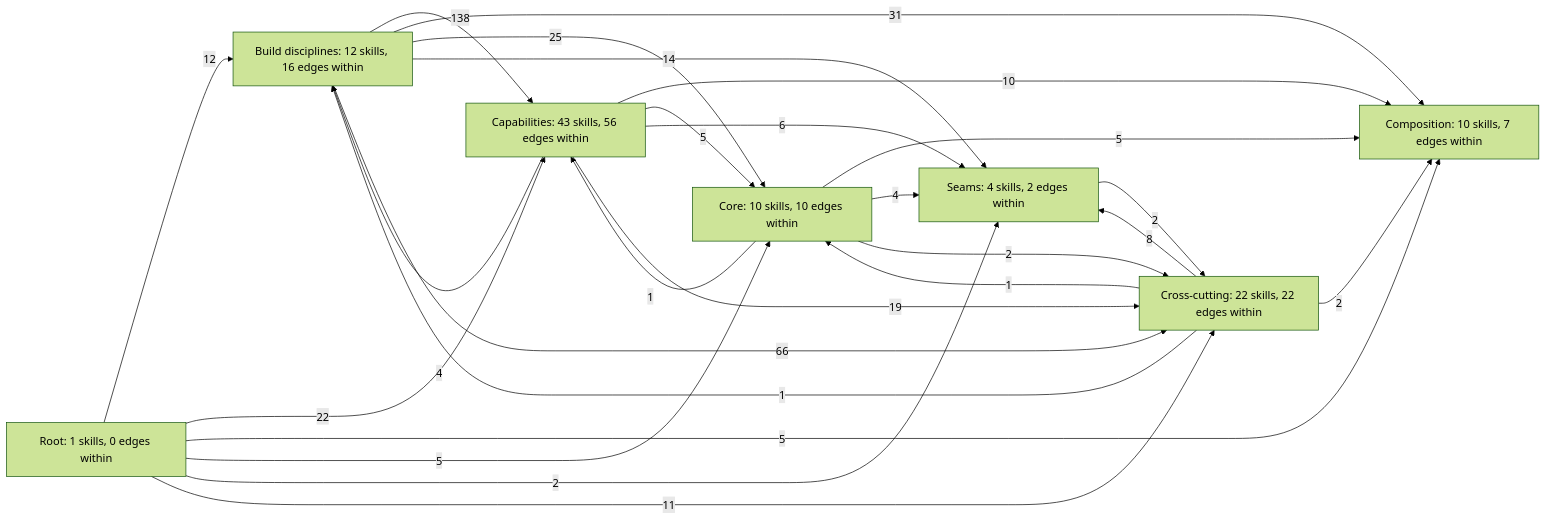
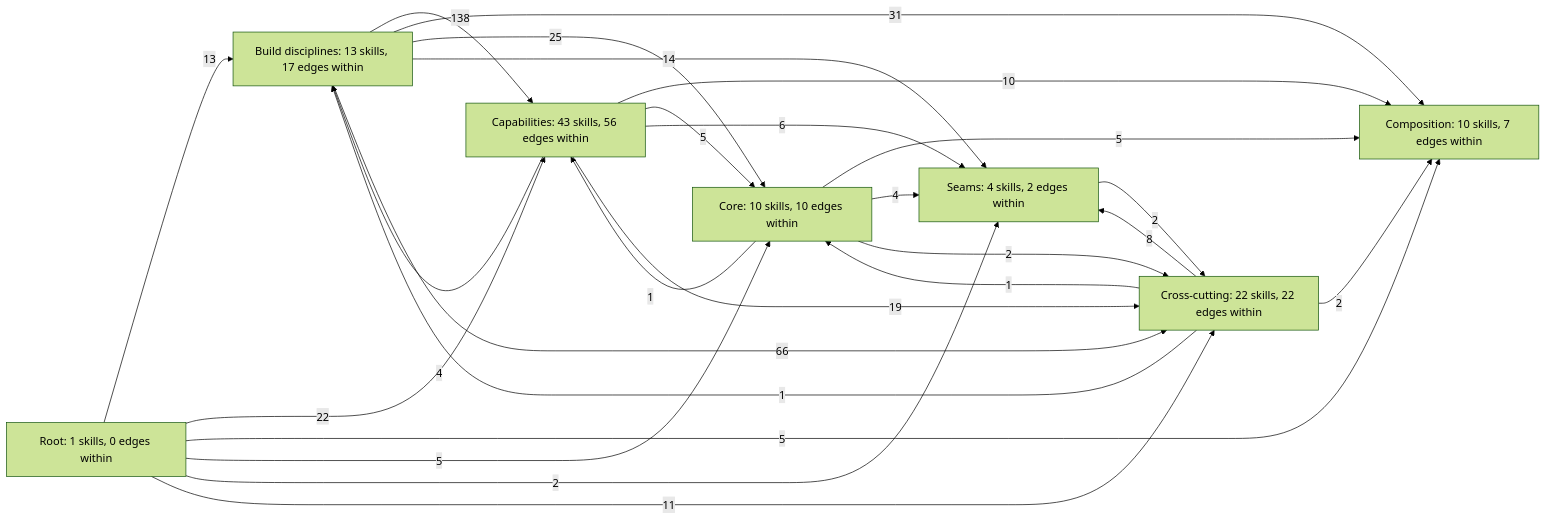
The first of 10 diagrams in docs/skill-graph.md (Dadlorian/AGENT), drawn with Mermaid (forest theme) before and after one commit. The commit also changed other lines of this file and 7 other files, not shown here.

First line of the commit message:
66-litmus-skill: build-litmus-questionnaire authored as data; 103 skills at zero warnings

````diff
--- a/docs/skill-graph.md
+++ b/docs/skill-graph.md
@@ -13,35 +13,35 @@
 ```mermaid
 graph LR
     root_["Root: 1 skills, 0 edges within"]
     core_["Core: 10 skills, 10 edges within"]
     cap_["Capabilities: 43 skills, 56 edges within"]
     xc_["Cross-cutting: 22 skills, 22 edges within"]
     seam_["Seams: 4 skills, 2 edges within"]
     compose_["Composition: 10 skills, 7 edges within"]
-    build_["Build disciplines: 12 skills, 16 edges within"]
+    build_["Build disciplines: 13 skills, 17 edges within"]
     build_ -->|138| cap_
     build_ -->|31| compose_
     build_ -->|25| core_
     build_ -->|14| seam_
     build_ -->|66| xc_
     cap_ -->|4| build_
     cap_ -->|10| compose_
     cap_ -->|5| core_
     cap_ -->|6| seam_
     cap_ -->|19| xc_
     core_ -->|1| cap_
     core_ -->|5| compose_
     core_ -->|4| seam_
     core_ -->|2| xc_
-    root_ -->|12| build_
+    root_ -->|13| build_
     root_ -->|22| cap_
     root_ -->|5| compose_
     root_ -->|5| core_
     root_ -->|2| seam_
     root_ -->|11| xc_
     seam_ -->|2| xc_
     xc_ -->|1| build_
     xc_ -->|2| compose_
     xc_ -->|1| core_
     xc_ -->|8| seam_
 ```
````
